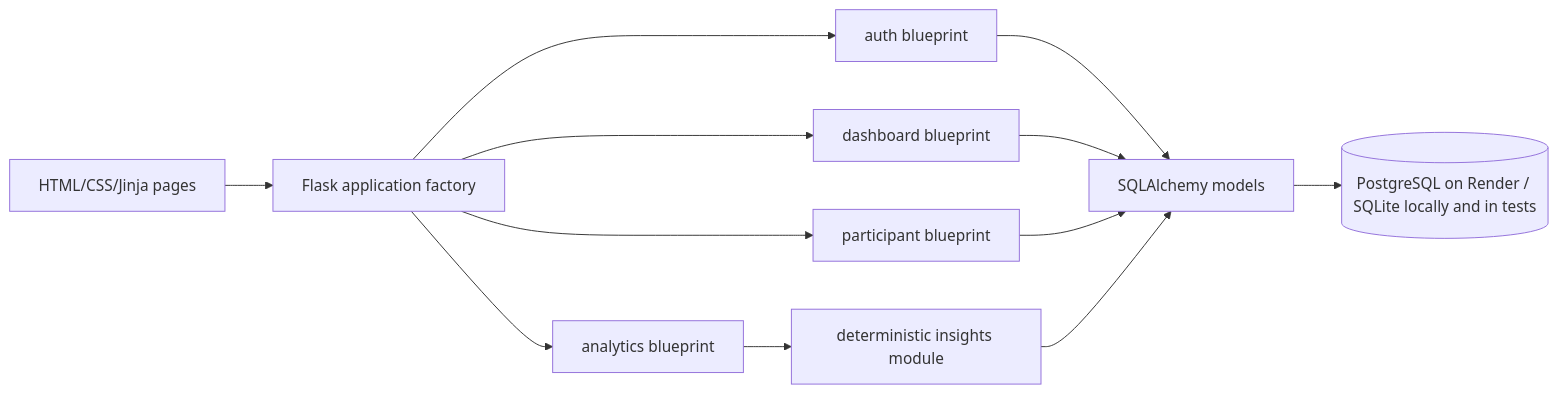
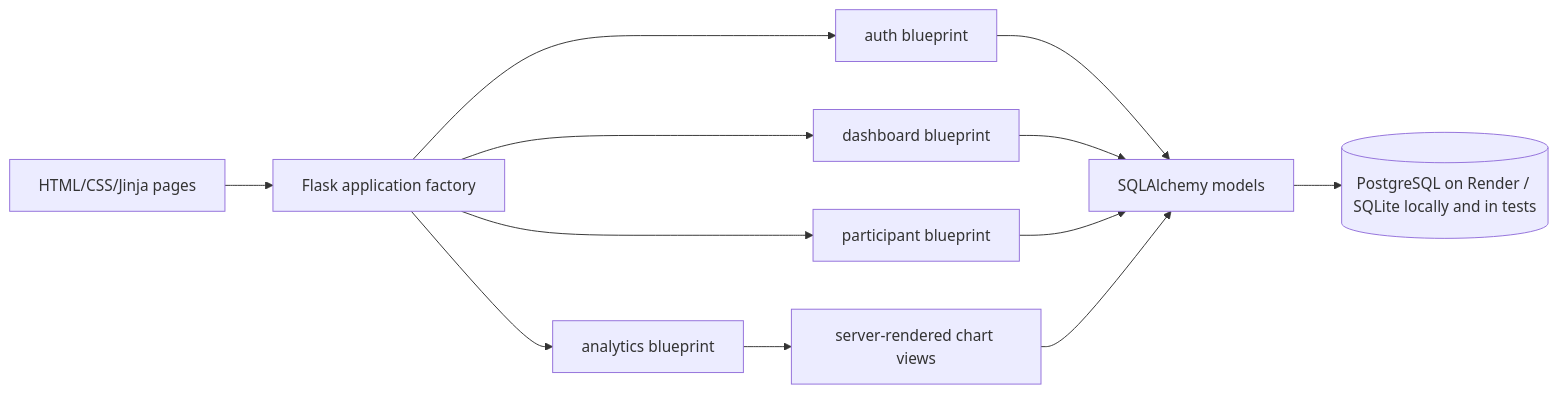
Before and after one commit to kavni-29/USABILITY-HUB-CLONE: the diagram in docs/architecture.md, drawn with Mermaid. The commit also changed other lines of this file and 21 other files, not shown here.

Commit message:
Replace insights with charts and schedule study closing

````diff
--- a/docs/architecture.md
+++ b/docs/architecture.md
@@ -3,14 +3,14 @@
 ```mermaid
 flowchart LR
   Browser[HTML/CSS/Jinja pages] --> Flask[Flask application factory]
   Flask --> Auth[auth blueprint]
   Flask --> Dashboard[dashboard blueprint]
   Flask --> Participant[participant blueprint]
   Flask --> Analytics[analytics blueprint]
   Auth --> ORM[SQLAlchemy models]
   Dashboard --> ORM
   Participant --> ORM
-  Analytics --> Insights[deterministic insights module]
-  Insights --> ORM
+  Analytics --> Charts[server-rendered chart views]
+  Charts --> ORM
   ORM --> DB[(PostgreSQL on Render / SQLite locally and in tests)]
 ```
````
